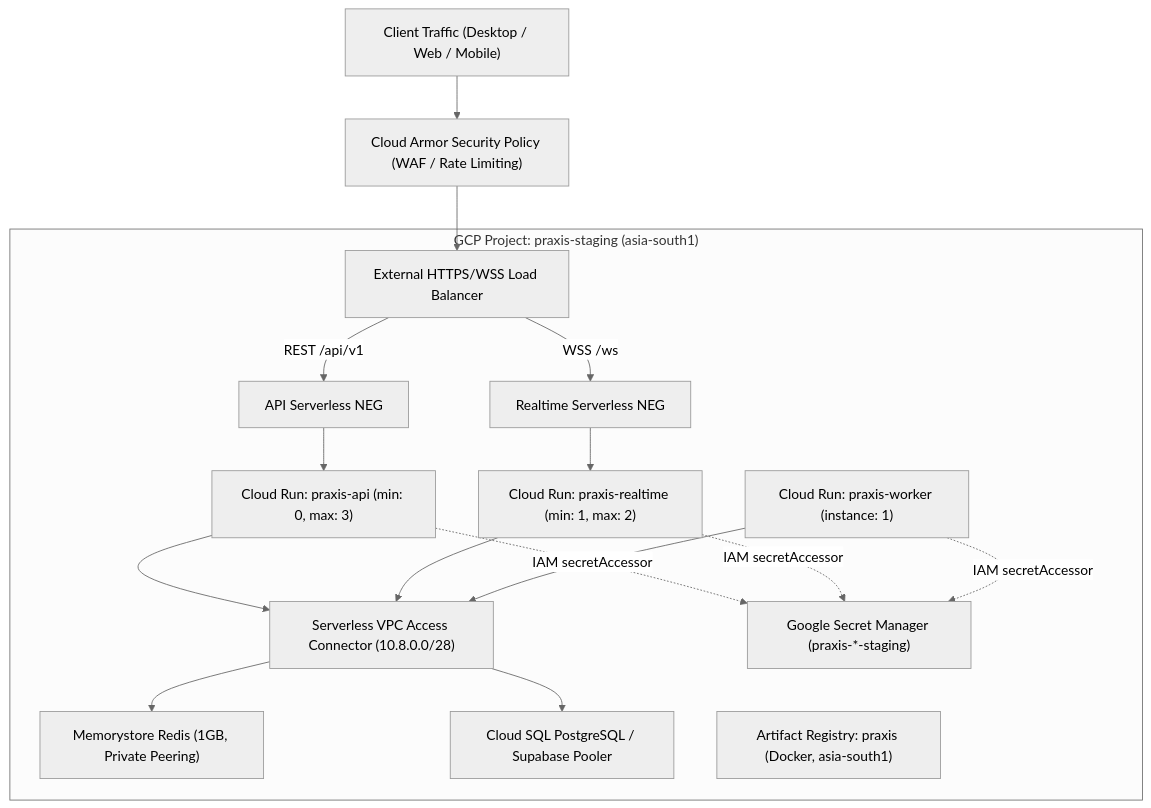
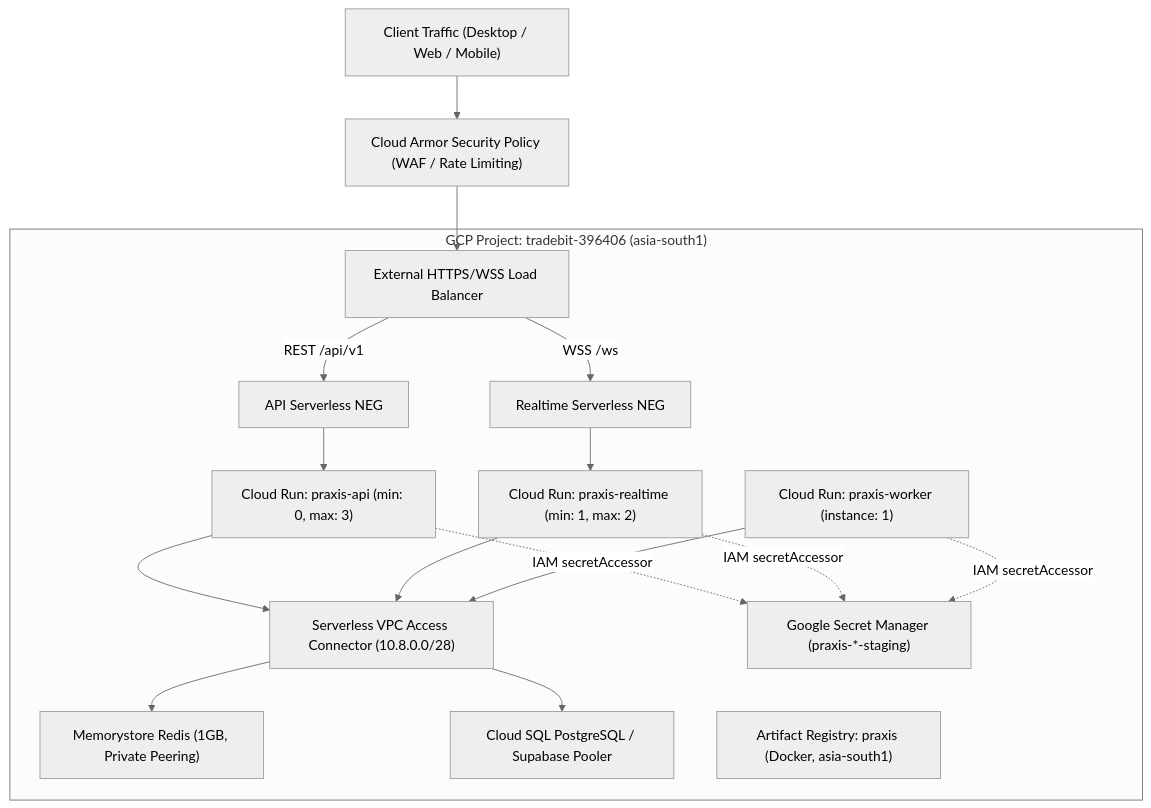
The diagram in STAGING_DEPLOYMENT_REPORT.md (AMIYA8597/praxis-interviewOS), drawn with Mermaid (neutral theme) before and after one commit. The commit also changed other lines of this file and 1 other file, not shown here.

Commit message:
docs(release): update final certification and staging report with 8bd7b29 image digests

````diff
--- a/STAGING_DEPLOYMENT_REPORT.md
+++ b/STAGING_DEPLOYMENT_REPORT.md
@@ -40,30 +41,30 @@
 ```mermaid
 flowchart TD
     Client["Client Traffic (Desktop / Web / Mobile)"] --> CloudArmor["Cloud Armor Security Policy (WAF / Rate Limiting)"]
     CloudArmor --> GCLB["External HTTPS/WSS Load Balancer"]
     
-    subgraph GCP_Staging ["GCP Project: praxis-staging (asia-south1)"]
+    subgraph GCP_Staging ["GCP Project: tradebit-396406 (asia-south1)"]
         GCLB -->|REST /api/v1| APINEG["API Serverless NEG"]
         GCLB -->|WSS /ws| RTNEG["Realtime Serverless NEG"]
         
         APINEG --> CloudRunAPI["Cloud Run: praxis-api (min: 0, max: 3)"]
         RTNEG --> CloudRunRT["Cloud Run: praxis-realtime (min: 1, max: 2)"]
         
         CloudRunWorker["Cloud Run: praxis-worker (instance: 1)"]
         
         VPCConnector["Serverless VPC Access Connector (10.8.0.0/28)"]
         CloudRunAPI --> VPCConnector
         CloudRunRT --> VPCConnector
         CloudRunWorker --> VPCConnector
         
         VPCConnector --> Redis["Memorystore Redis (1GB, Private Peering)"]
         VPCConnector --> CloudSQL["Cloud SQL PostgreSQL / Supabase Pooler"]
         
         SecretManager["Google Secret Manager (praxis-*-staging)"]
         CloudRunAPI -.->|IAM secretAccessor| SecretManager
         CloudRunRT -.->|IAM secretAccessor| SecretManager
         CloudRunWorker -.->|IAM secretAccessor| SecretManager
         
         ArtifactReg["Artifact Registry: praxis (Docker, asia-south1)"]
     end
 ```
````
